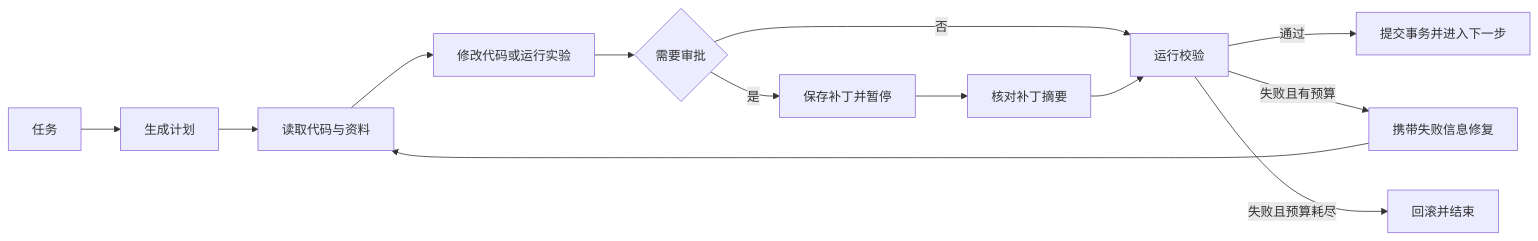
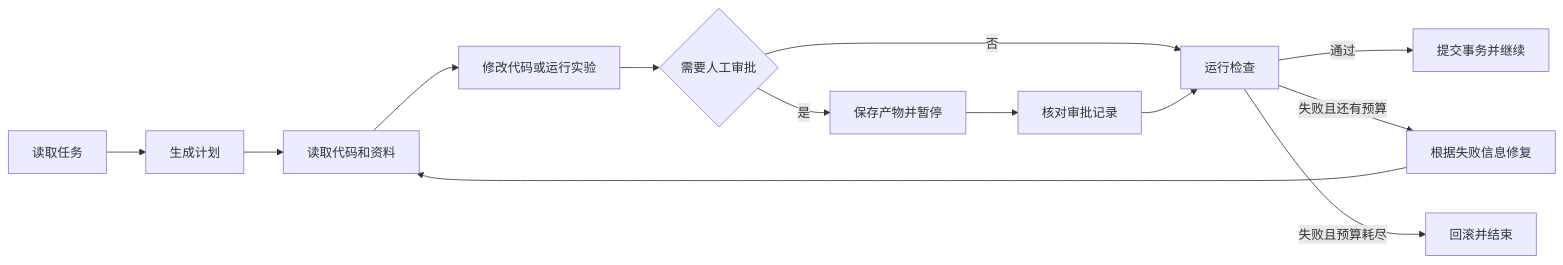
One commit to liuqjjin/long-horizon-agent changed the diagram in README.md. Above: the diagram before and after it, drawn with Mermaid. The commit also changed other lines of this file and 15 other files, not shown here.

````diff
--- a/README.md
+++ b/README.md
@@ -49,15 +61,15 @@
 ```mermaid
 flowchart LR
-    A["任务"] --> B["生成计划"]
-    B --> C["读取代码与资料"]
+    A["读取任务"] --> B["生成计划"]
+    B --> C["读取代码和资料"]
     C --> D["修改代码或运行实验"]
-    D --> E{"需要审批"}
-    E -- "是" --> F["保存补丁并暂停"]
-    F --> G["核对补丁摘要"]
-    E -- "否" --> H["运行校验"]
+    D --> E{"需要人工审批"}
+    E -- "是" --> F["保存产物并暂停"]
+    F --> G["核对审批记录"]
+    E -- "否" --> H["运行检查"]
     G --> H
-    H -- "通过" --> I["提交事务并进入下一步"]
-    H -- "失败且有预算" --> J["携带失败信息修复"]
+    H -- "通过" --> I["提交事务并继续"]
+    H -- "失败且还有预算" --> J["根据失败信息修复"]
     J --> C
     H -- "失败且预算耗尽" --> K["回滚并结束"]
 ```
````
